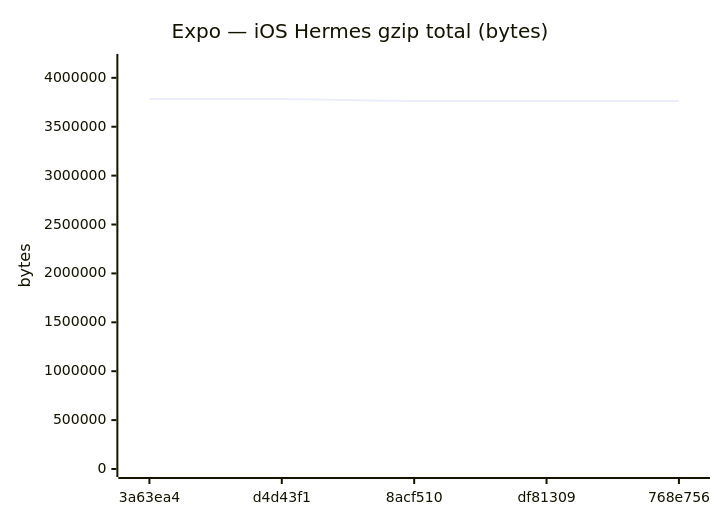
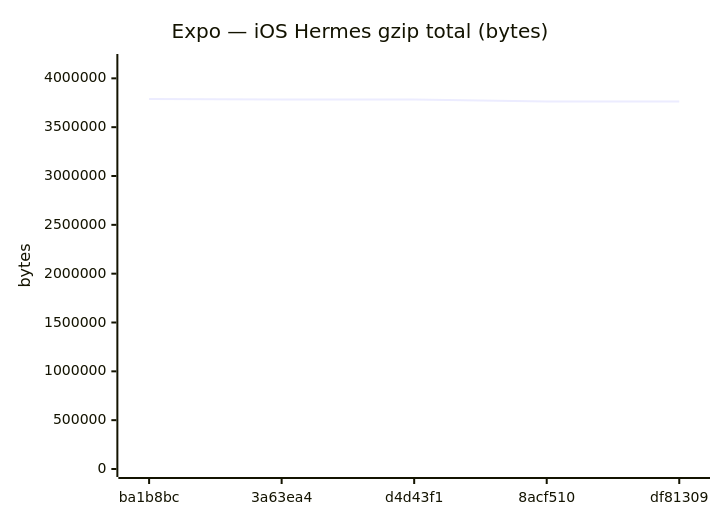
Before and after one commit to Metaheurist/Rianell: diagram 12 of 18 in benchmarks/compare.md, drawn with Mermaid. The commit also changed other lines of this file and 11 other files, not shown here.

````diff
--- a/benchmarks/compare.md
+++ b/benchmarks/compare.md
@@ -179,7 +179,7 @@
 ```mermaid
 xychart-beta
     title "Expo — iOS Hermes gzip total (bytes)"
-    x-axis ["3a63ea4", "d4d43f1", "8acf510", "df81309", "768e756"]
-    y-axis "bytes" 0 --> 4161873
-    line [3783517, 3783520, 3762734, 3762736, 3762498]
+    x-axis ["ba1b8bc", "3a63ea4", "d4d43f1", "8acf510", "df81309"]
+    y-axis "bytes" 0 --> 4167378
+    line [3788525, 3783517, 3783520, 3762734, 3762736]
 ```
````
